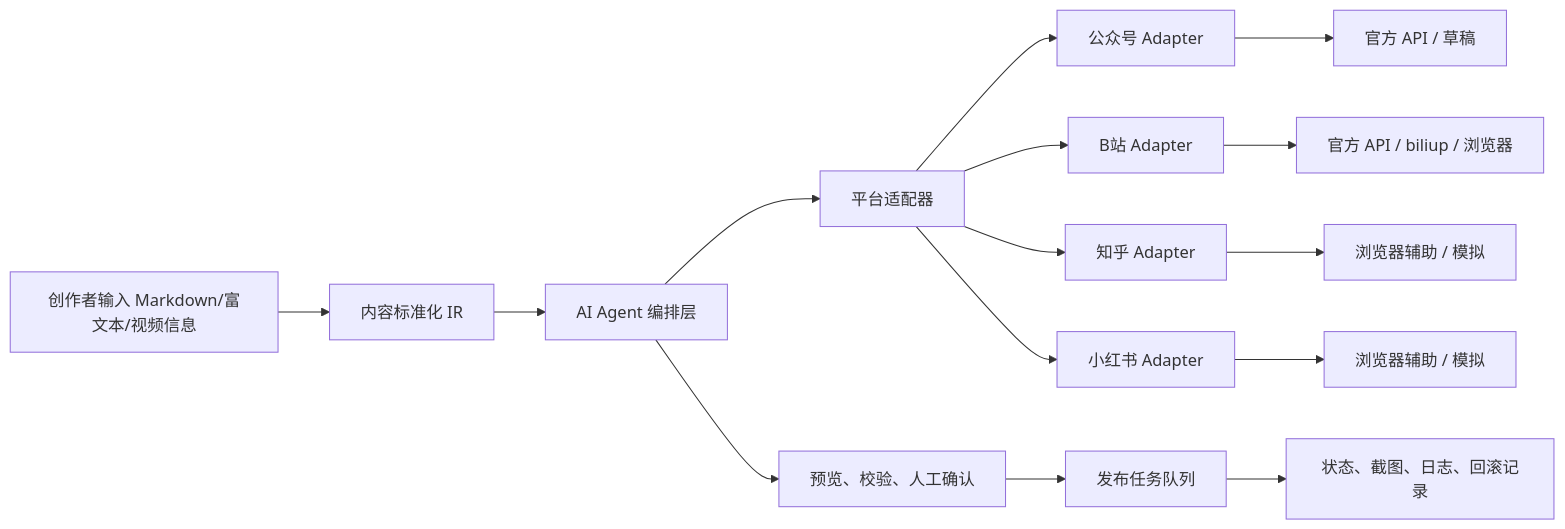
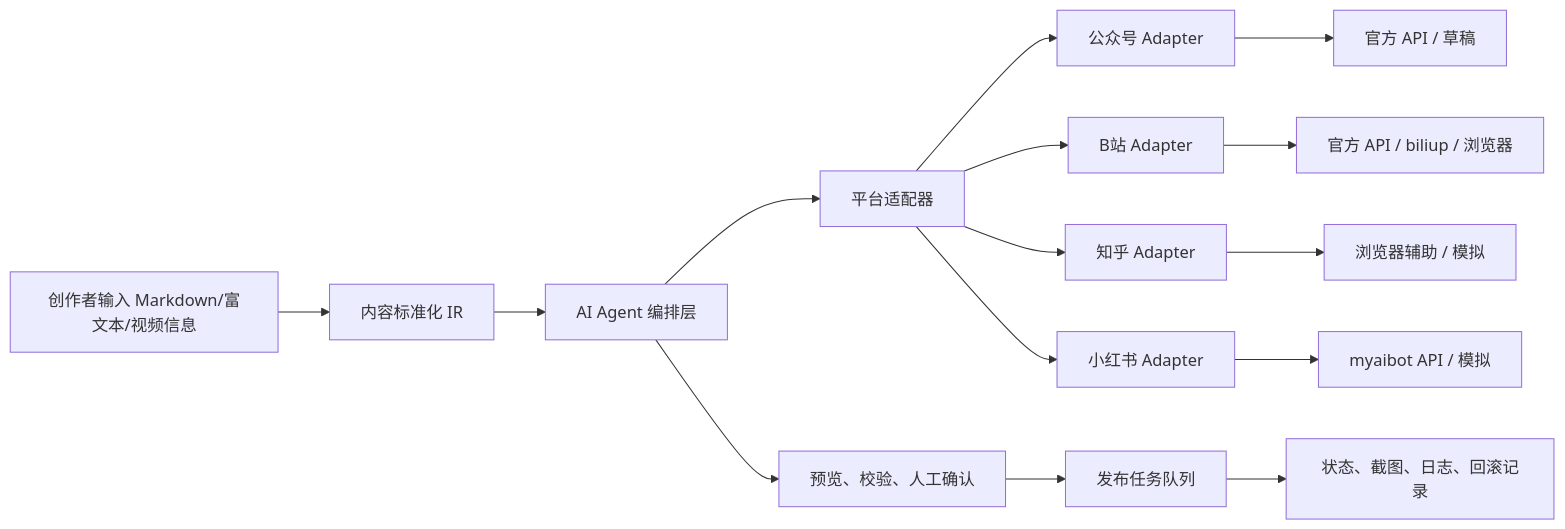
The diagram in docs/architecture.md (Amadeus9Q/Auto_Upt), drawn with Mermaid before and after one commit. The commit also changed other lines of this file and 7 other files, not shown here.

````diff
--- a/docs/architecture.md
+++ b/docs/architecture.md
@@ -7,17 +7,17 @@
 ```mermaid
 flowchart LR
     A["创作者输入 Markdown/富文本/视频信息"] --> B["内容标准化 IR"]
     B --> C["AI Agent 编排层"]
     C --> D["平台适配器"]
     D --> E["公众号 Adapter"]
     D --> F["B站 Adapter"]
     D --> G["知乎 Adapter"]
     D --> H["小红书 Adapter"]
     E --> I["官方 API / 草稿"]
     F --> J["官方 API / biliup / 浏览器"]
     G --> K["浏览器辅助 / 模拟"]
-    H --> L["浏览器辅助 / 模拟"]
+    H --> L["myaibot API / 模拟"]
     C --> M["预览、校验、人工确认"]
     M --> N["发布任务队列"]
     N --> O["状态、截图、日志、回滚记录"]
 ```
````
